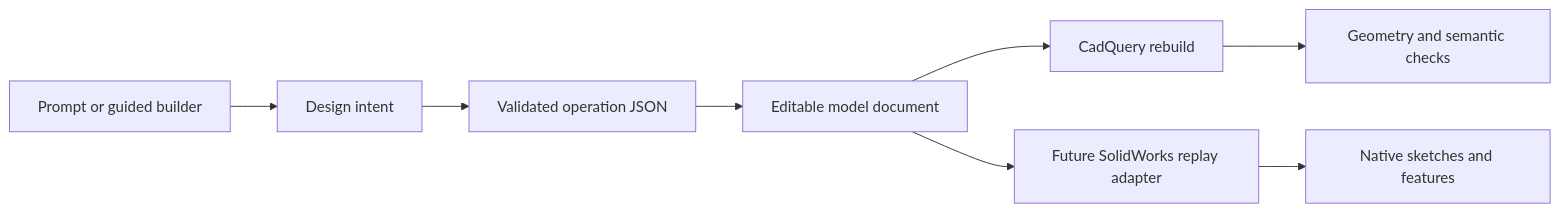
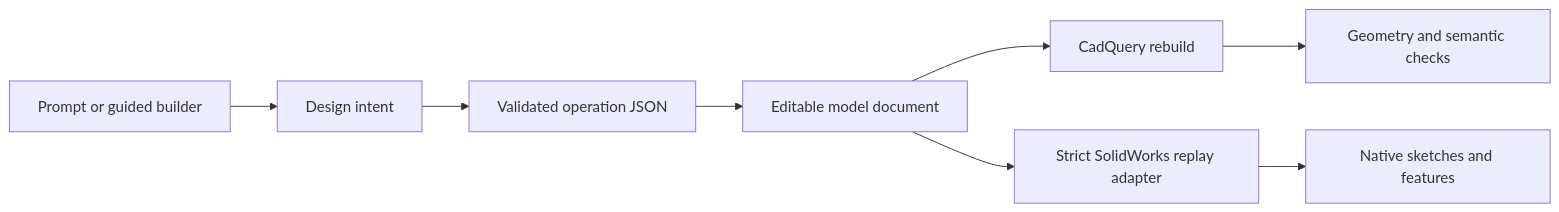
Before and after one commit to DrewTobias27/Prompt2ParametricCAD: the diagram in docs/editable_features.md, drawn with Mermaid. The commit also changed other lines of this file and 16 other files, not shown here.

Commit message:
Add native SolidWorks replay with editable patterns

````diff
--- a/docs/editable_features.md
+++ b/docs/editable_features.md
@@ -19,10 +19,10 @@
 ```mermaid
 flowchart LR
     P["Prompt or guided builder"] --> I["Design intent"]
     I --> O["Validated operation JSON"]
     O --> D["Editable model document"]
     D --> C["CadQuery rebuild"]
-    D --> S["Future SolidWorks replay adapter"]
+    D --> S["Strict SolidWorks replay adapter"]
     C --> Q["Geometry and semantic checks"]
     S --> N["Native sketches and features"]
 ```
````
